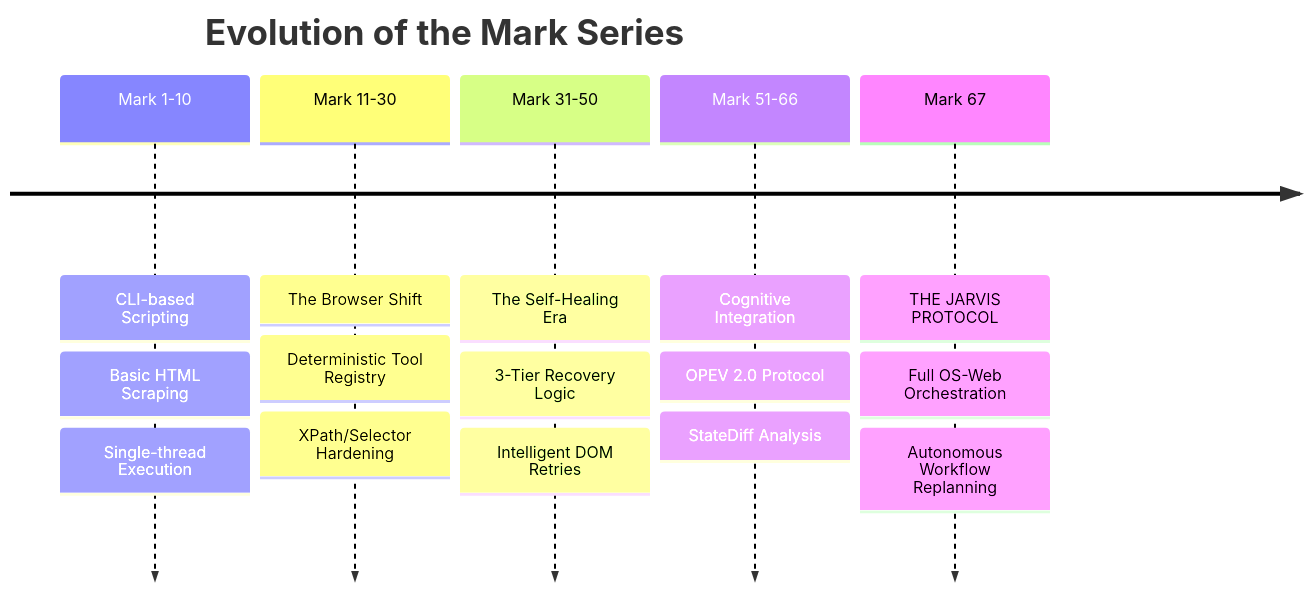
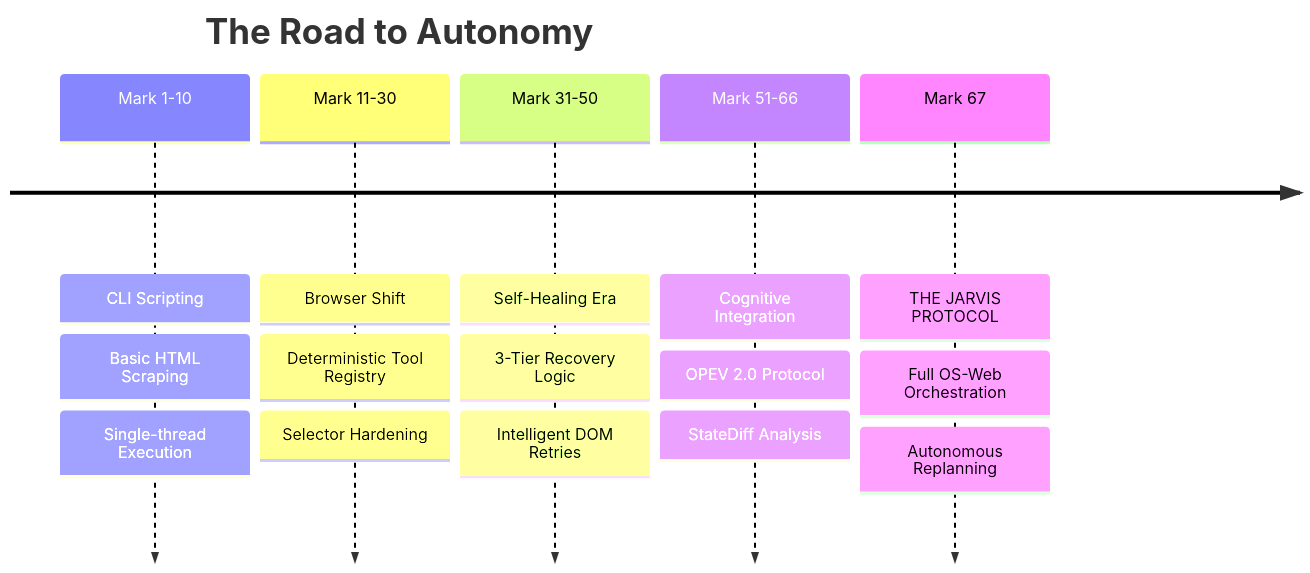
Before and after one commit to Sirius6907/B.U.D.D.Y-Mark-67: the third of 3 diagrams in README.md, drawn with Mermaid. The commit also changed other lines of this file and 1 other file, not shown here.

````diff
--- a/README.md
+++ b/README.md
@@ -482,9 +404,9 @@
 ```mermaid
 timeline
-    title Evolution of the Mark Series
-    Mark 1-10 : CLI-based Scripting : Basic HTML Scraping : Single-thread Execution
-    Mark 11-30 : The Browser Shift : Deterministic Tool Registry : XPath/Selector Hardening
-    Mark 31-50 : The Self-Healing Era : 3-Tier Recovery Logic : Intelligent DOM Retries
+    title The Road to Autonomy
+    Mark 1-10 : CLI Scripting : Basic HTML Scraping : Single-thread Execution
+    Mark 11-30 : Browser Shift : Deterministic Tool Registry : Selector Hardening
+    Mark 31-50 : Self-Healing Era : 3-Tier Recovery Logic : Intelligent DOM Retries
     Mark 51-66 : Cognitive Integration : OPEV 2.0 Protocol : StateDiff Analysis
-    Mark 67 : THE JARVIS PROTOCOL : Full OS-Web Orchestration : Autonomous Workflow Replanning
+    Mark 67 : THE JARVIS PROTOCOL : Full OS-Web Orchestration : Autonomous Replanning
 ```
````
